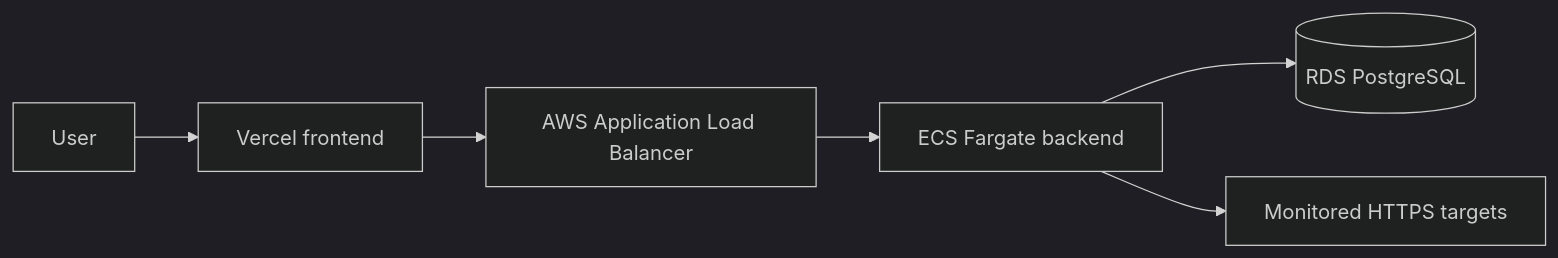
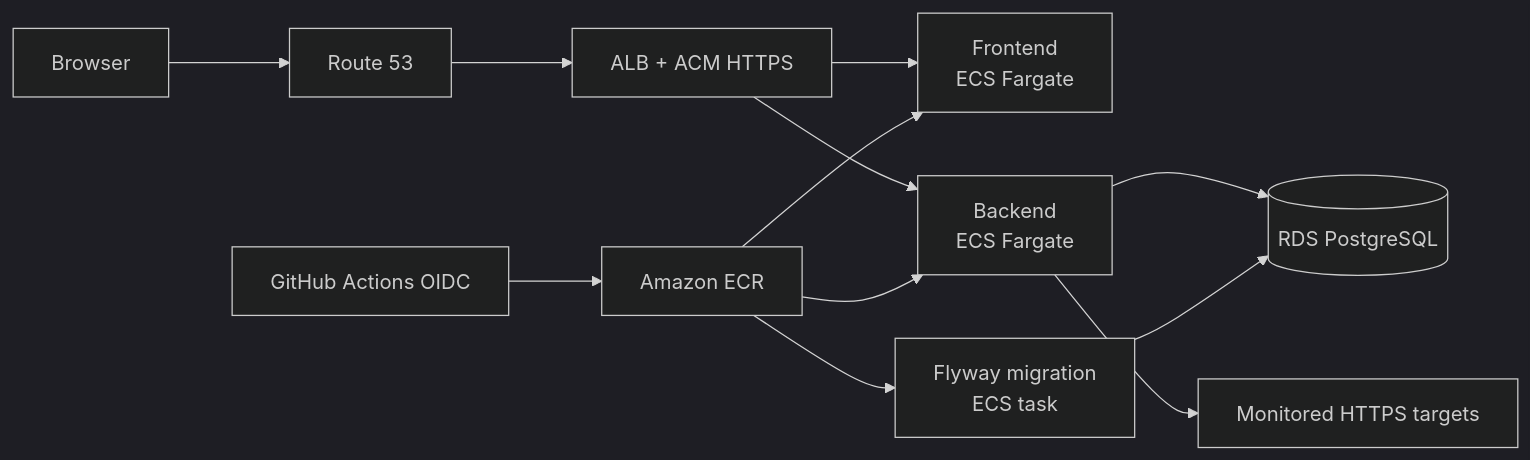
The diagram in docs/deployment.md (mahibnasif/pulseops), drawn with Mermaid (dark theme) before and after one commit. The commit also changed other lines of this file and 1 other file, not shown here.

Commit message:
add the AWS production deployment runbook

````diff
--- a/docs/deployment.md
+++ b/docs/deployment.md
@@ -11,8 +15,14 @@
 ```mermaid
 flowchart LR
-    User --> Vercel[Vercel frontend]
-    Vercel --> ALB[AWS Application Load Balancer]
-    ALB --> ECS[ECS Fargate backend]
-    ECS --> RDS[(RDS PostgreSQL)]
-    ECS --> Internet[Monitored HTTPS targets]
+    User["Browser"] --> DNS["Route 53"]
+    DNS --> ALB["ALB + ACM HTTPS"]
+    ALB --> Frontend["Frontend<br/>ECS Fargate"]
+    ALB --> Backend["Backend<br/>ECS Fargate"]
+    Backend --> RDS[("RDS PostgreSQL")]
+    Backend --> Targets["Monitored HTTPS targets"]
+    Migration["Flyway migration<br/>ECS task"] --> RDS
+    GitHub["GitHub Actions OIDC"] --> ECR["Amazon ECR"]
+    ECR --> Frontend
+    ECR --> Backend
+    ECR --> Migration
 ```
````
